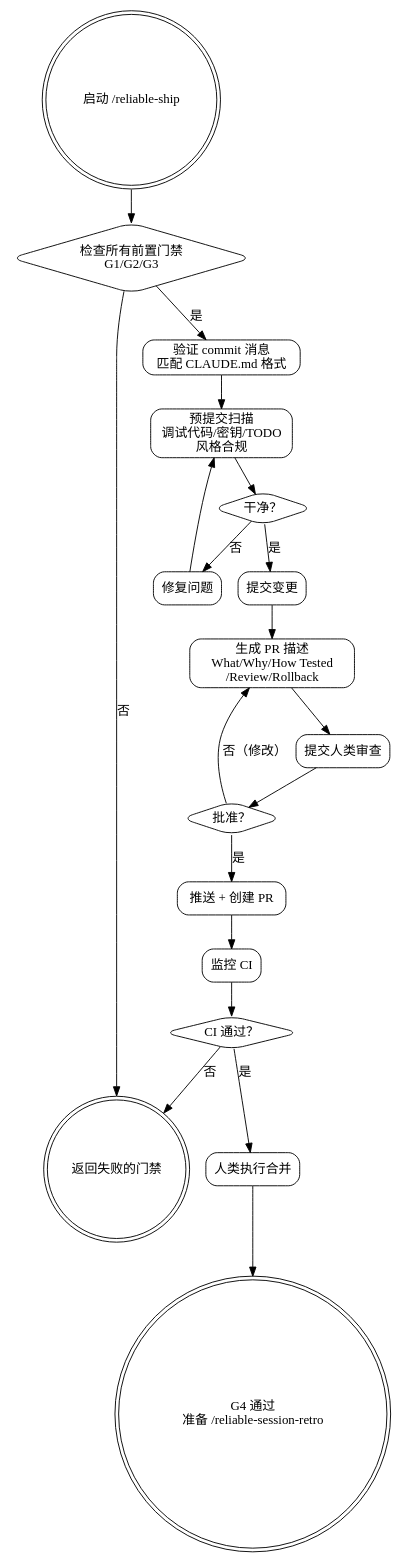
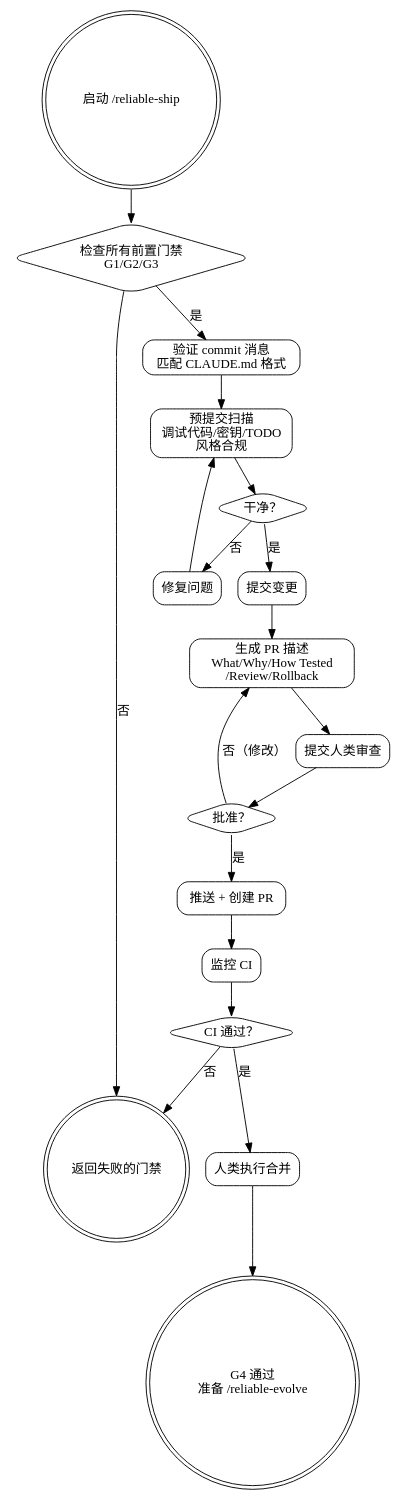
One commit to sueichen/reliable-agent changed the diagram in skills/reliable-ship/SKILL.md. Above: the diagram before and after it, drawn with Graphviz. The commit also changed other lines of this file and 17 other files, not shown here.

First line of the commit message:
refactor: merge reliable-session-retro into reliable-evolve

````diff
--- a/skills/reliable-ship/SKILL.md
+++ b/skills/reliable-ship/SKILL.md
@@ -28,42 +28,42 @@
 ```dot
 digraph reliable_ship {
     rankdir=TB;
     node [shape=box, style=rounded];
 
     start [label="启动 /reliable-ship", shape=doublecircle];
     gate_check [label="检查所有前置门禁\nG1/G2/G3", shape=diamond];
     fail_gate [label="返回失败的门禁", shape=doublecircle];
     validate_commits [label="验证 commit 消息\n匹配 CLAUDE.md 格式"];
     precommit_scan [label="预提交扫描\n调试代码/密钥/TODO\n风格合规"];
     clean [label="干净？", shape=diamond];
     fix_issues [label="修复问题"];
     commit [label="提交变更"];
     generate_pr [label="生成 PR 描述\nWhat/Why/How Tested\n/Review/Rollback"];
     present [label="提交人类审查"];
     approved [label="批准？", shape=diamond];
     push_pr [label="推送 + 创建 PR"];
     monitor_ci [label="监控 CI"];
     ci_pass [label="CI 通过？", shape=diamond];
     human_merge [label="人类执行合并"];
-    done [label="G4 通过\n准备 /reliable-session-retro", shape=doublecircle];
+    done [label="G4 通过\n准备 /reliable-evolve", shape=doublecircle];
 
     start -> gate_check;
     gate_check -> fail_gate [label="否"];
     gate_check -> validate_commits [label="是"];
     validate_commits -> precommit_scan;
     precommit_scan -> clean;
     clean -> fix_issues [label="否"];
     fix_issues -> precommit_scan;
     clean -> commit [label="是"];
     commit -> generate_pr;
     generate_pr -> present;
     present -> approved;
     approved -> generate_pr [label="否（修改）"];
     approved -> push_pr [label="是"];
     push_pr -> monitor_ci;
     monitor_ci -> ci_pass;
     ci_pass -> fail_gate [label="否"];
     ci_pass -> human_merge [label="是"];
     human_merge -> done;
 }
 ```
````
